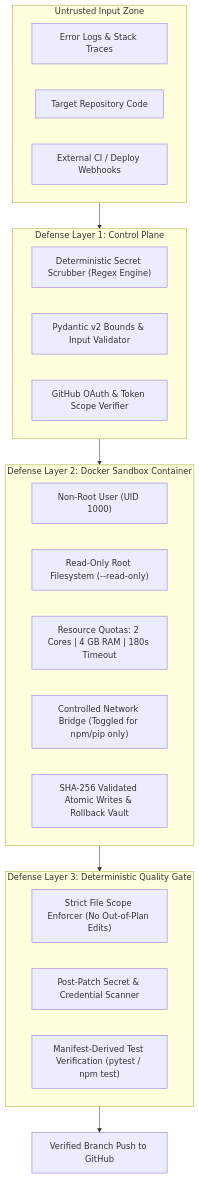
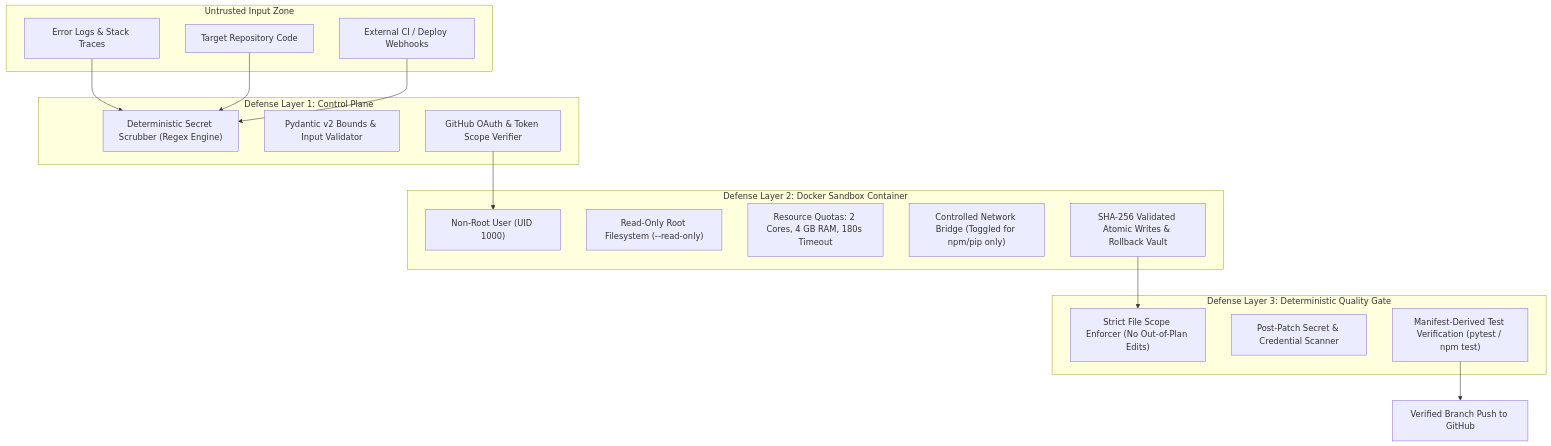
Before and after one commit to kajaredhruv433/VectoraFix: the first of 4 diagrams in docs/RUNTIME_SANDBOX_AND_SECURITY.md, drawn with Mermaid. The commit also changed other lines of this file and 3 other files, not shown here.

Commit message:
docs: fix Mermaid diagram syntax errors for GitHub rendering

````diff
--- a/docs/RUNTIME_SANDBOX_AND_SECURITY.md
+++ b/docs/RUNTIME_SANDBOX_AND_SECURITY.md
@@ -9,33 +9,35 @@
 ```mermaid
 flowchart TD
     subgraph UntrustedZone ["Untrusted Input Zone"]
         Logs["Error Logs & Stack Traces"]
         RepoSource["Target Repository Code"]
         Webhooks["External CI / Deploy Webhooks"]
     end
 
     subgraph DefenseLayer1 ["Defense Layer 1: Control Plane"]
         Scrubber["Deterministic Secret Scrubber (Regex Engine)"]
         Validator["Pydantic v2 Bounds & Input Validator"]
         AuthGate["GitHub OAuth & Token Scope Verifier"]
     end
 
     subgraph DefenseLayer2 ["Defense Layer 2: Docker Sandbox Container"]
         NonRoot["Non-Root User (UID 1000)"]
         ReadOnly["Read-Only Root Filesystem (--read-only)"]
-        ResourceCaps["Resource Quotas: 2 Cores | 4 GB RAM | 180s Timeout"]
+        ResourceCaps["Resource Quotas: 2 Cores, 4 GB RAM, 180s Timeout"]
         NetGating["Controlled Network Bridge (Toggled for npm/pip only)"]
         AtomicWrites["SHA-256 Validated Atomic Writes & Rollback Vault"]
     end
 
     subgraph DefenseLayer3 ["Defense Layer 3: Deterministic Quality Gate"]
         ScopeCheck["Strict File Scope Enforcer (No Out-of-Plan Edits)"]
         SecretScan["Post-Patch Secret & Credential Scanner"]
         TestPass["Manifest-Derived Test Verification (pytest / npm test)"]
     end
 
-    UntrustedZone --> DefenseLayer1
-    DefenseLayer1 --> DefenseLayer2
-    DefenseLayer2 --> DefenseLayer3
-    DefenseLayer3 --> Production["Verified Branch Push to GitHub"]
+    Logs --> Scrubber
+    RepoSource --> Scrubber
+    Webhooks --> Scrubber
+    AuthGate --> NonRoot
+    AtomicWrites --> ScopeCheck
+    TestPass --> Production["Verified Branch Push to GitHub"]
 ```
````
